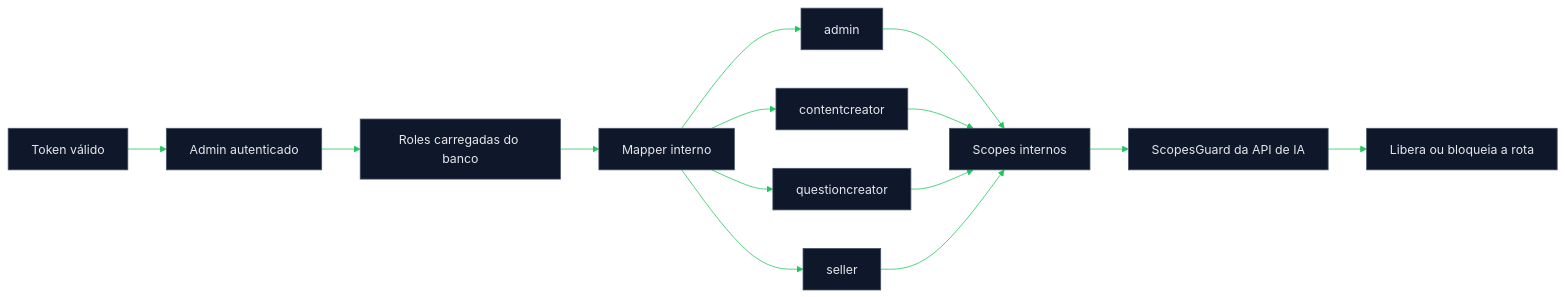
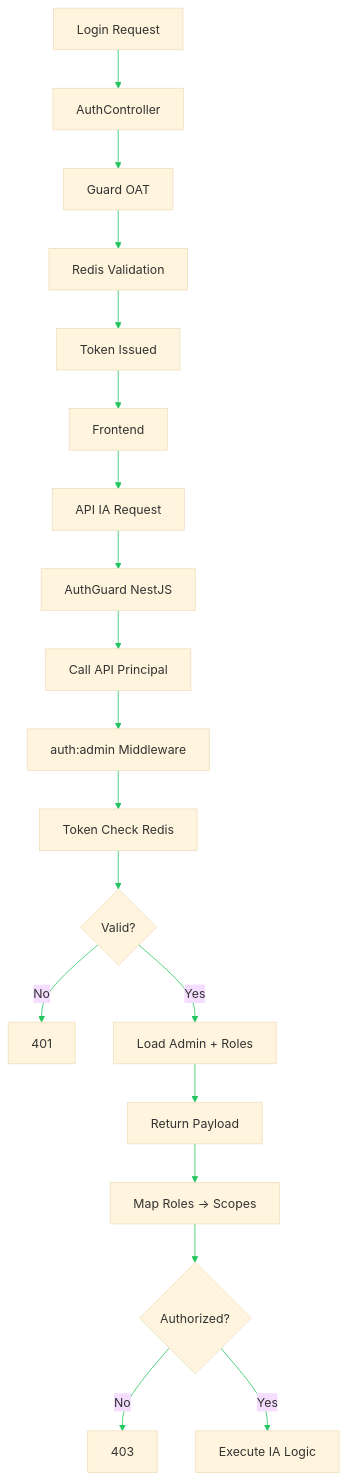
Before and after one commit to matheusdiamantino-betalent/IA: the second of 3 diagrams in RFC-0001-Auth.md, drawn with Mermaid. The commit also changed other lines of this file, not shown here.

````diff
--- a/RFC-0001-Auth.md
+++ b/RFC-0001-Auth.md
@@ -276,34 +80,24 @@
 ```mermaid
-%%{init: {
-  "theme": "base",
-  "themeVariables": {
-    "background": "#0b1220",
-    "primaryColor": "#0f172a",
-    "primaryTextColor": "#e5e7eb",
-    "primaryBorderColor": "#475569",
-    "lineColor": "#22c55e",
-    "secondaryColor": "#172033",
-    "secondaryTextColor": "#e2e8f0",
-    "tertiaryColor": "#111827",
-    "tertiaryTextColor": "#f8fafc",
-    "fontFamily": "Inter, ui-sans-serif, system-ui, sans-serif"
-  }
-}}%%
-flowchart LR
-    A[Token válido] --> B[Admin autenticado]
-    B --> C[Roles carregadas do banco]
-    C --> D[Mapper interno]
+%%{init: {"theme": "base","themeVariables": {"background": "#020617","lineColor": "#22c55e"}}}%%
+flowchart TD
+    A[Login Request] --> B[AuthController]
+    B --> C[Guard OAT]
+    C --> D[Redis Validation]
+    D --> E[Token Issued]
 
-    D --> E[admin]
-    D --> F[contentcreator]
-    D --> G[questioncreator]
-    D --> H[seller]
+    E --> F[Frontend]
+    F --> G[API IA Request]
+    G --> H[AuthGuard NestJS]
+    H --> I[Call API Principal]
+    I --> J[auth:admin Middleware]
+    J --> K[Token Check Redis]
 
-    E --> I[Scopes internos]
-    F --> I
-    G --> I
-    H --> I
-
-    I --> J[ScopesGuard da API de IA]
-    J --> K[Libera ou bloqueia a rota]
+    K --> L{Valid?}
+    L -->|No| M[401]
+    L -->|Yes| N[Load Admin + Roles]
+    N --> O[Return Payload]
+    O --> P[Map Roles → Scopes]
+    P --> Q{Authorized?}
+    Q -->|No| R[403]
+    Q -->|Yes| S[Execute IA Logic]
 ```
````
